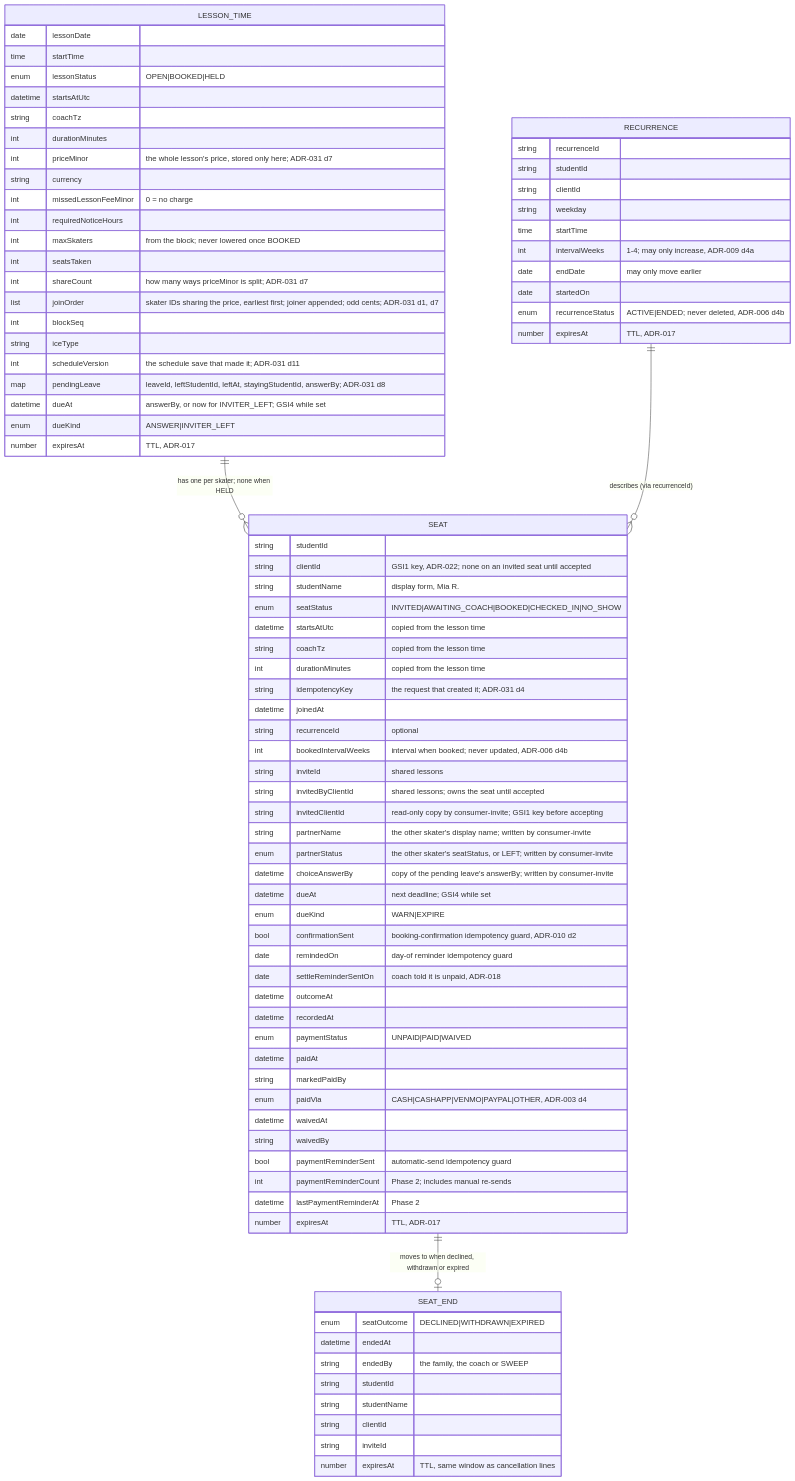
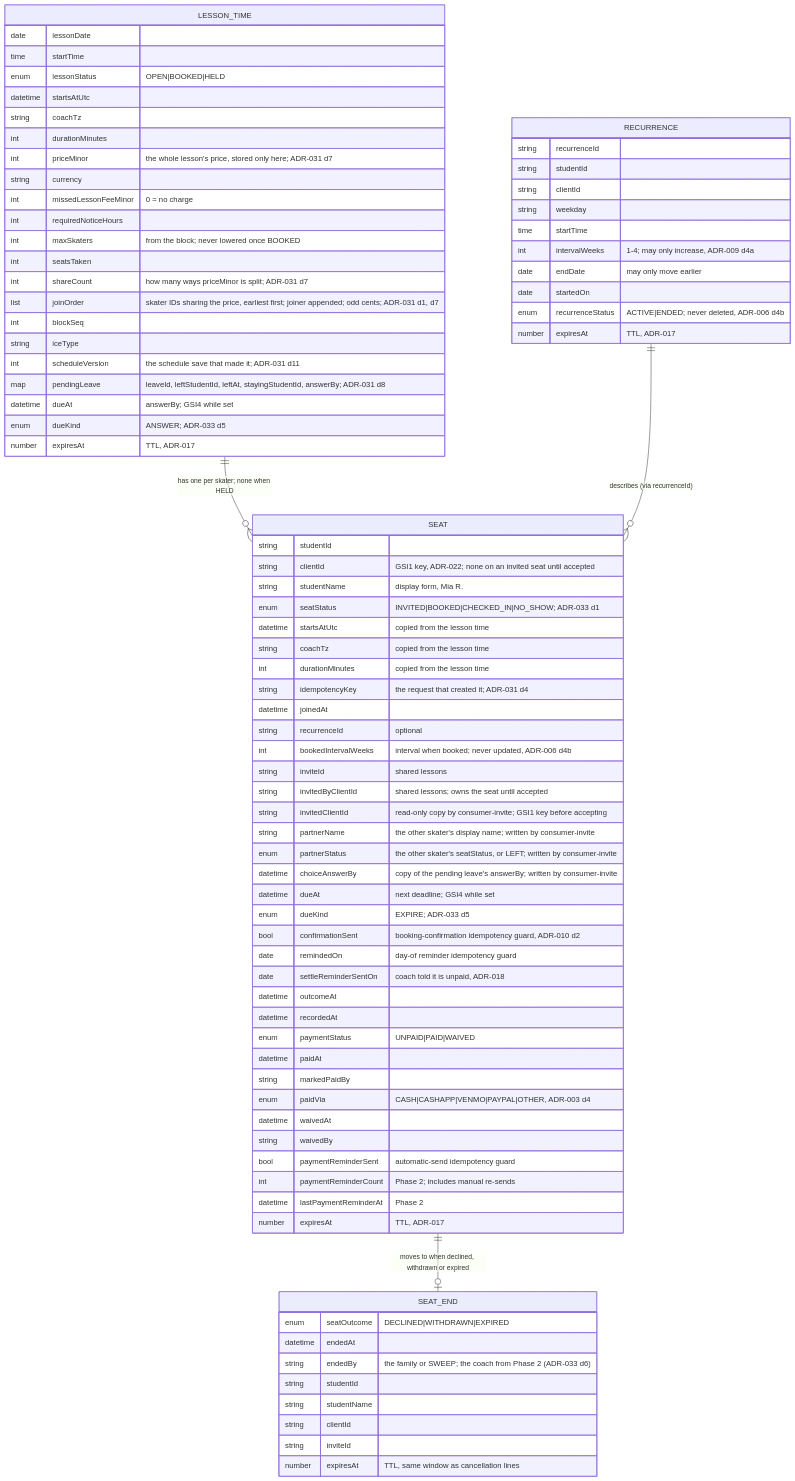
One commit to jessicamvega6/bladebook changed the sixth of 29 diagrams in docs/architecture.md. Above: the diagram before and after it, drawn with Mermaid. The commit also changed other lines of this file and 32 other files, not shown here.

First line of the commit message:
Bring docs and diagrams in line with ADR-033 and today's decisions

```diff
--- a/docs/architecture.md
+++ b/docs/architecture.md
@@ -408,15 +408,15 @@
         string iceType
         int    scheduleVersion "the schedule save that made it; ADR-031 d11"
         map    pendingLeave "leaveId, leftStudentId, leftAt, stayingStudentId, answerBy; ADR-031 d8"
-        datetime dueAt "answerBy, or now for INVITER_LEFT; GSI4 while set"
-        enum   dueKind "ANSWER|INVITER_LEFT"
+        datetime dueAt "answerBy; GSI4 while set"
+        enum   dueKind "ANSWER; ADR-033 d5"
         number expiresAt "TTL, ADR-017"
     }
     SEAT {
         string studentId
         string clientId "GSI1 key, ADR-022; none on an invited seat until accepted"
         string studentName "display form, Mia R."
-        enum   seatStatus "INVITED|AWAITING_COACH|BOOKED|CHECKED_IN|NO_SHOW"
+        enum   seatStatus "INVITED|BOOKED|CHECKED_IN|NO_SHOW; ADR-033 d1"
         datetime startsAtUtc "copied from the lesson time"
         string coachTz "copied from the lesson time"
         int    durationMinutes "copied from the lesson time"
@@ -431,7 +431,7 @@
         enum   partnerStatus "the other skater's seatStatus, or LEFT; written by consumer-invite"
         datetime choiceAnswerBy "copy of the pending leave's answerBy; written by consumer-invite"
         datetime dueAt "next deadline; GSI4 while set"
-        enum   dueKind "WARN|EXPIRE"
+        enum   dueKind "EXPIRE; ADR-033 d5"
         bool   confirmationSent "booking-confirmation idempotency guard, ADR-010 d2"
         date   remindedOn "day-of reminder idempotency guard"
         date   settleReminderSentOn "coach told it is unpaid, ADR-018"
@@ -451,7 +451,7 @@
     SEAT_END {
         enum   seatOutcome "DECLINED|WITHDRAWN|EXPIRED"
         datetime endedAt
-        string endedBy "the family, the coach or SWEEP"
+        string endedBy "the family or SWEEP; the coach from Phase 2 (ADR-033 d6)"
         string studentId
         string studentName
         string clientId
```
